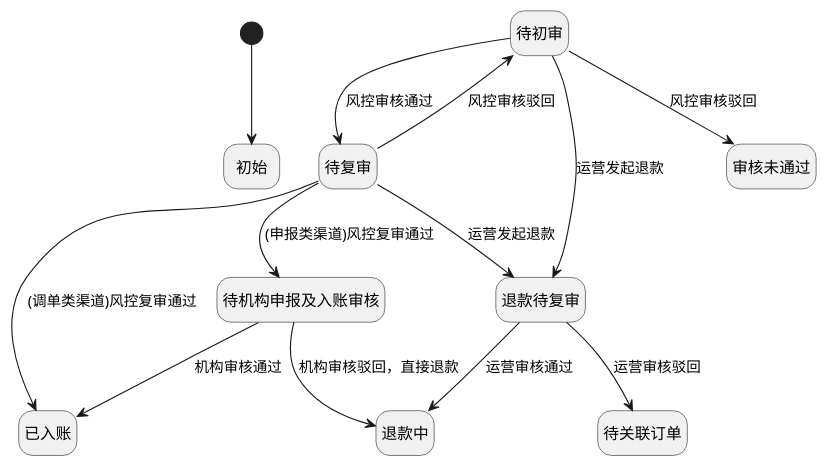
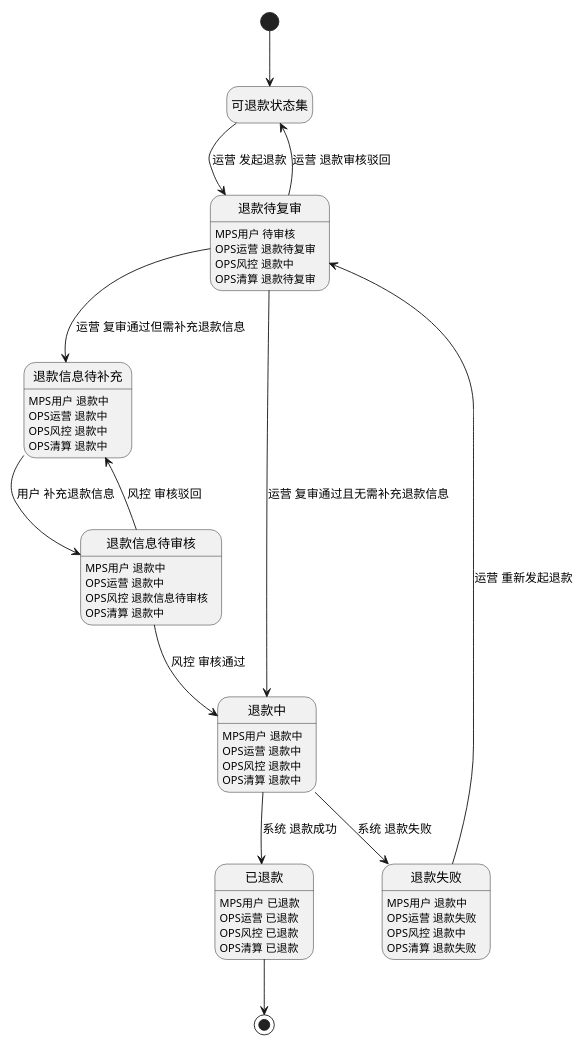
One commit to liucong920914/PEIKA changed the diagram in puml/退款流程新增订单状态变化.puml. Above: the diagram before and after it, drawn with PlantUML. The commit also changed other lines of this file and 5 other files, not shown here.

```diff
--- a/puml/退款流程新增订单状态变化.puml
+++ b/puml/退款流程新增订单状态变化.puml
@@ -2,46 +1,70 @@
-@startuml 退款流程新增订单状态变化
+@startuml 退款流程订单状态变化
 
 hide empty description
+scale 516 width
 
-[*] --> 初始
+[*] --> 可退款状态集
 
-待初审 --> 待复审 : 风控审核通过
+可退款状态集 --> 退款待复审 : 运营 发起退款
 
-待初审 --> 退款待复审 : 运营发起退款
+退款待复审 --> 可退款状态集 : 运营 退款审核驳回
+退款待复审 --> 退款信息待补充 : 运营 复审通过但需补充退款信息
+退款待复审 --> 退款中 : 运营 复审通过且无需补充退款信息
 
-待初审 --> 审核未通过: 风控审核驳回
+退款信息待补充 --> 退款信息待审核 : 用户 补充退款信息
 
-待复审 --> 待初审 : 风控审核驳回
+退款信息待审核 --> 退款中 : 风控 审核通过
+退款信息待审核 --> 退款信息待补充 : 风控 审核驳回
 
-待复审 --> 待机构申报及入账审核 : (申报类渠道)风控复审通过
+退款中 --> 已退款 : 系统 退款成功
+退款中 --> 退款失败 : 系统 退款失败
 
-待复审 --> 已入账 : (调单类渠道)风控复审通过
+退款失败 --> 退款待复审 : 运营 重新发起退款
 
-待复审 --> 退款待复审 : 运营发起退款
+已退款 --> [*]
 
-退款待复审 --> 待关联订单 : 运营审核驳回
+' 显示状态
 
-退款待复审 --> 退款中 : 运营审核通过
+' 可退款状态集
+' 可退款状态集  : MPS用户
+' 可退款状态集  : OPS运营 
+' 可退款状态集  : OPS风控 
+' 可退款状态集  : OPS清算 
 
-待机构申报及入账审核 --> 已入账 : 机构审核通过
+' 退款待复审
+退款待复审 : MPS用户 待审核
+退款待复审 : OPS运营 退款待复审
+退款待复审 : OPS风控 退款中
+退款待复审 : OPS清算 退款待复审
 
-待机构申报及入账审核 --> 退款中 : 机构审核驳回，直接退款
+' 退款信息待补充
+退款信息待补充 : MPS用户 退款中
+退款信息待补充 : OPS运营 退款中
+退款信息待补充 : OPS风控 退款中
+退款信息待补充 : OPS清算 退款中
 
-' [*] --> 待退款
+' 退款信息待审核
+退款信息待审核 : MPS用户 退款中
+退款信息待审核 : OPS运营 退款中
+退款信息待审核 : OPS风控 退款信息待审核
+退款信息待审核 : OPS清算 退款中
 
-' 待退款 -down-> 退款待复审
+' 退款中
+退款中 : MPS用户 退款中
+退款中 : OPS运营 退款中
+退款中 : OPS风控 退款中
+退款中 : OPS清算 退款中
 
-' 退款待复审 --> 退款中
+' 退款失败
+退款失败 : MPS用户 退款中
+退款失败 : OPS运营 退款失败
+退款失败 : OPS风控 退款中
+退款失败 : OPS清算 退款失败
 
-' state 退款中 {
-'     退款中--> 退款信息待补充
-'     退款信息待补充 --> 退款信息待审核: 用户在MPS端补充退款账户信息
-'     退款信息待审核 --> 退款信息待补充: 风控同事在OPS端审核驳回
-'     退款信息待审核 --> 退款中: 风控同事在OPS端审核通过
-' }
-
-' 退款中 --> 已退款
-
-' 已退款 --> [*]
+' 已退款
+已退款 : MPS用户 已退款
+已退款 : OPS运营 已退款
+已退款 : OPS风控 已退款
+已退款 : OPS清算 已退款
 
 @enduml
```
